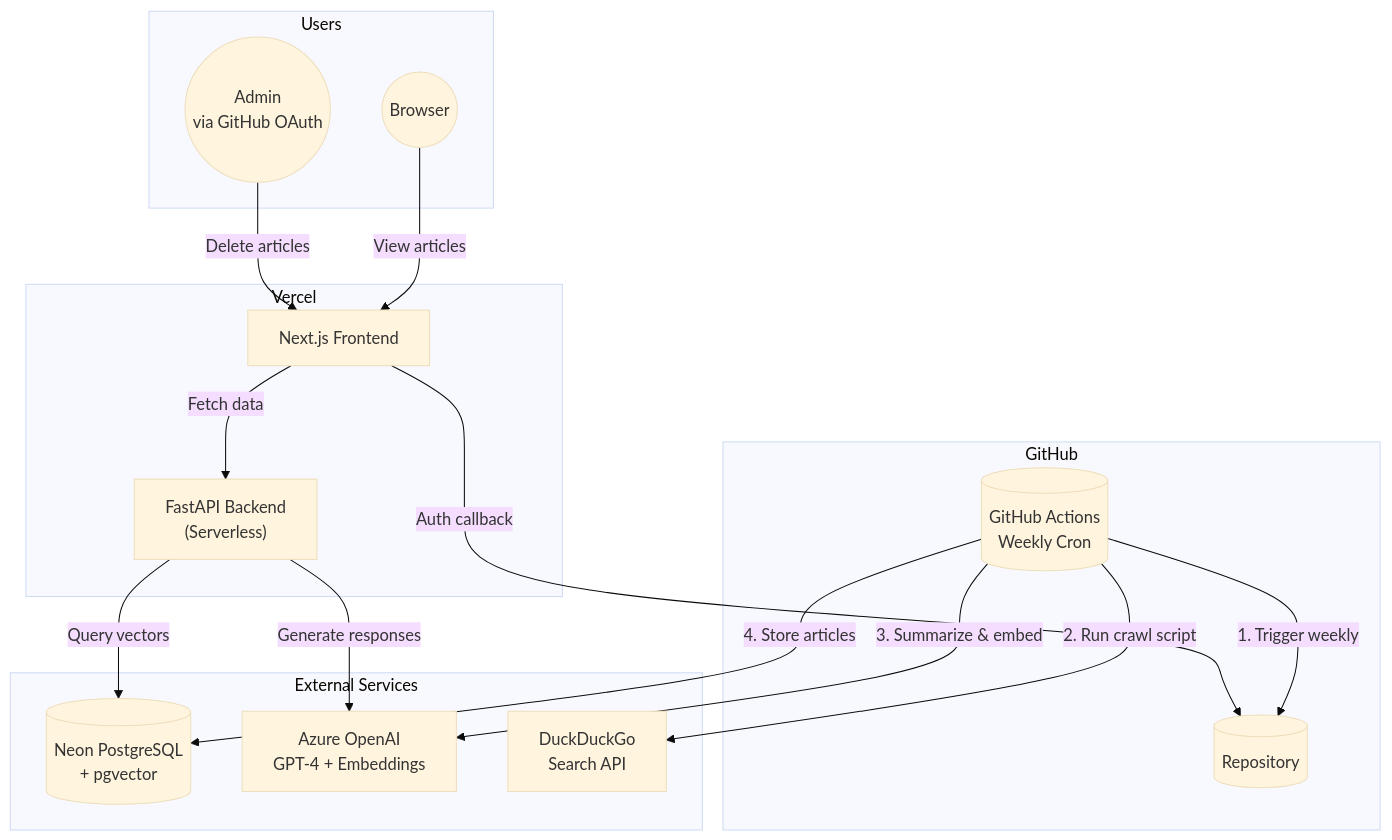
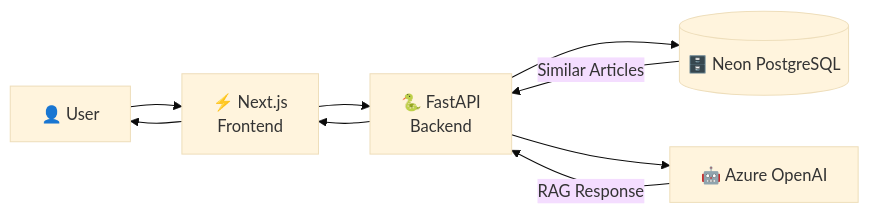
Before and after one commit to r-leyshon/news-crawler: the second of 4 diagrams in README.md, drawn with Mermaid (base theme). The commit also changed other lines of this file, not shown here.

Commit message:
docs: Simplify process diagram

````diff
--- a/README.md
+++ b/README.md
@@ -19,36 +31,11 @@
 ```mermaid
-flowchart TB
-    subgraph "GitHub"
-        GHA[("GitHub Actions<br/>Weekly Cron")]
-        REPO[("Repository")]
-    end
-
-    subgraph "Vercel"
-        NEXT["Next.js Frontend"]
-        API["FastAPI Backend<br/>(Serverless)"]
-    end
-
-    subgraph "External Services"
-        NEON[("Neon PostgreSQL<br/>+ pgvector")]
-        AZURE["Azure OpenAI<br/>GPT-4 + Embeddings"]
-        DDGS["DuckDuckGo<br/>Search API"]
-    end
-
-    subgraph "Users"
-        USER(("Browser"))
-        ADMIN(("Admin<br/>via GitHub OAuth"))
-    end
-
-    GHA -->|"1. Trigger weekly"| REPO
-    GHA -->|"2. Run crawl script"| DDGS
-    GHA -->|"3. Summarize & embed"| AZURE
-    GHA -->|"4. Store articles"| NEON
-
-    USER -->|"View articles"| NEXT
-    NEXT -->|"Fetch data"| API
-    API -->|"Query vectors"| NEON
-    API -->|"Generate responses"| AZURE
-
-    ADMIN -->|"Delete articles"| NEXT
-    NEXT -->|"Auth callback"| REPO
+flowchart LR
+    USER["👤 User"] --> NEXT["⚡ Next.js<br/>Frontend"]
+    NEXT --> API["🐍 FastAPI<br/>Backend"]
+    API --> NEON[("🗄️ Neon PostgreSQL")]
+    API --> AZURE["🤖 Azure OpenAI"]
+    AZURE --> |"RAG Response"| API
+    NEON --> |"Similar Articles"| API
+    API --> NEXT
+    NEXT --> USER
 ```
````
